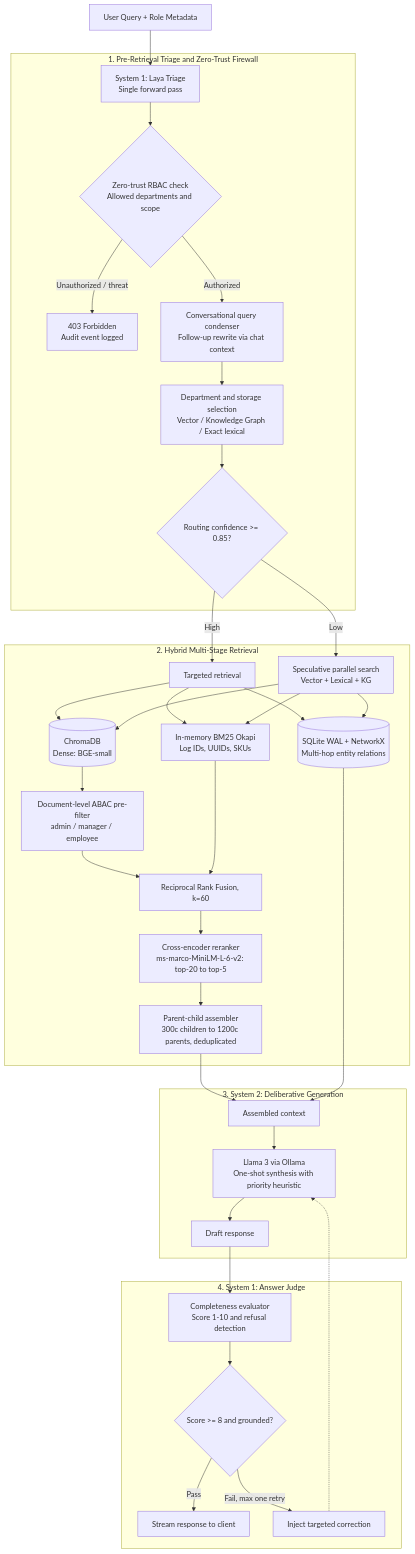
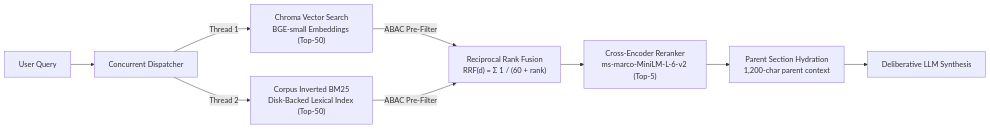
One commit to Priyanshu-200607/Agentic-Rag-System changed the diagram in README.md. Above: the diagram before and after it, drawn with Mermaid. The commit also changed other lines of this file and 2 other files, not shown here.

````diff
--- a/README.md
+++ b/README.md
@@ -57,45 +183,14 @@
 ```mermaid
-flowchart TD
-    Q["User Query + Role Metadata"] --> T["System 1: Laya Triage<br/>Single forward pass"]
-
-    subgraph PRE["1. Pre-Retrieval Triage and Zero-Trust Firewall"]
-        T --> SEC{"Zero-trust RBAC check<br/>Allowed departments and scope"}
-        SEC -->|"Unauthorized / threat"| DENY["403 Forbidden<br/>Audit event logged"]
-        SEC -->|"Authorized"| COND["Conversational query condenser<br/>Follow-up rewrite via chat context"]
-        COND --> ROUTE["Department and storage selection<br/>Vector / Knowledge Graph / Exact lexical"]
-        ROUTE --> CONF{"Routing confidence >= 0.85?"}
-    end
-
-    subgraph RET["2. Hybrid Multi-Stage Retrieval"]
-        CONF -->|"High"| DIRECT["Targeted retrieval"]
-        CONF -->|"Low"| SPEC["Speculative parallel search<br/>Vector + Lexical + KG"]
-
-        DIRECT --> VDB[("ChromaDB<br/>Dense: BGE-small")]
-        DIRECT --> BM25["In-memory BM25 Okapi<br/>Log IDs, UUIDs, SKUs"]
-        DIRECT --> KG[("SQLite WAL + NetworkX<br/>Multi-hop entity relations")]
-        SPEC --> VDB
-        SPEC --> BM25
-        SPEC --> KG
-
-        VDB --> ABAC["Document-level ABAC pre-filter<br/>admin / manager / employee"]
-        ABAC --> RRF["Reciprocal Rank Fusion, k=60"]
-        BM25 --> RRF
-        RRF --> RR["Cross-encoder reranker<br/>ms-marco-MiniLM-L-6-v2: top-20 to top-5"]
-        RR --> PC["Parent-child assembler<br/>300c children to 1200c parents, deduplicated"]
-    end
-
-    subgraph GEN["3. System 2: Deliberative Generation"]
-        PC --> CTX["Assembled context"]
-        KG --> CTX
-        CTX --> LLM["Llama 3 via Ollama<br/>One-shot synthesis with priority heuristic"]
-        LLM --> DRAFT["Draft response"]
-    end
-
-    subgraph JUDGE["4. System 1: Answer Judge"]
-        DRAFT --> EVAL["Completeness evaluator<br/>Score 1-10 and refusal detection"]
-        EVAL --> OK{"Score >= 8 and grounded?"}
-        OK -->|"Pass"| OUT["Stream response to client"]
-        OK -->|"Fail, max one retry"| RETRY["Inject targeted correction"]
-        RETRY -.-> LLM
-    end
+flowchart LR
+    Q["User Query"] --> DISPATCH["Concurrent Dispatcher"]
+    
+    DISPATCH -->|"Thread 1"| VEC["Chroma Vector Search<br/>BGE-small Embeddings (Top-50)"]
+    DISPATCH -->|"Thread 2"| BM["Corpus Inverted BM25<br/>Disk-Backed Lexical Index (Top-50)"]
+    
+    VEC -->|"ABAC Pre-Filter"| FUSION["Reciprocal Rank Fusion<br/>RRF(d) = Σ 1 / (60 + rank)"]
+    BM -->|"ABAC Pre-Filter"| FUSION
+    
+    FUSION --> RERANK["Cross-Encoder Reranker<br/>ms-marco-MiniLM-L-6-v2 (Top-5)"]
+    RERANK --> PARENT["Parent Section Hydration<br/>1,200-char parent context"]
+    PARENT --> SYNTH["Deliberative LLM Synthesis"]
 ```
````
